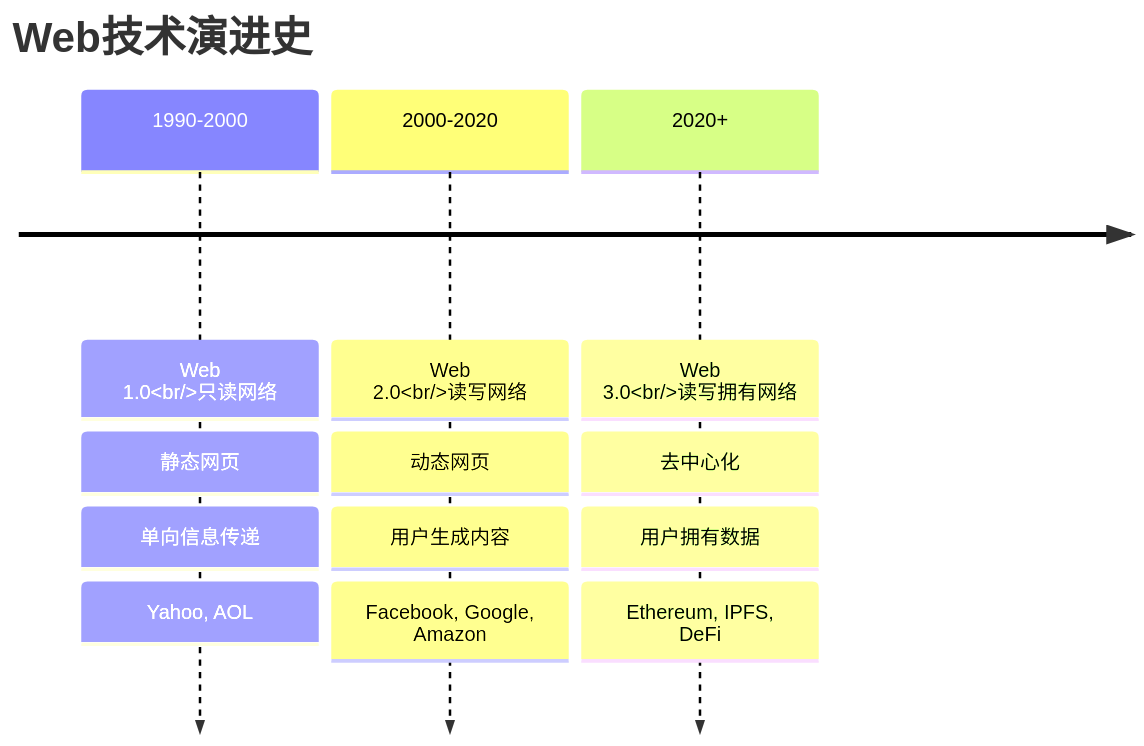
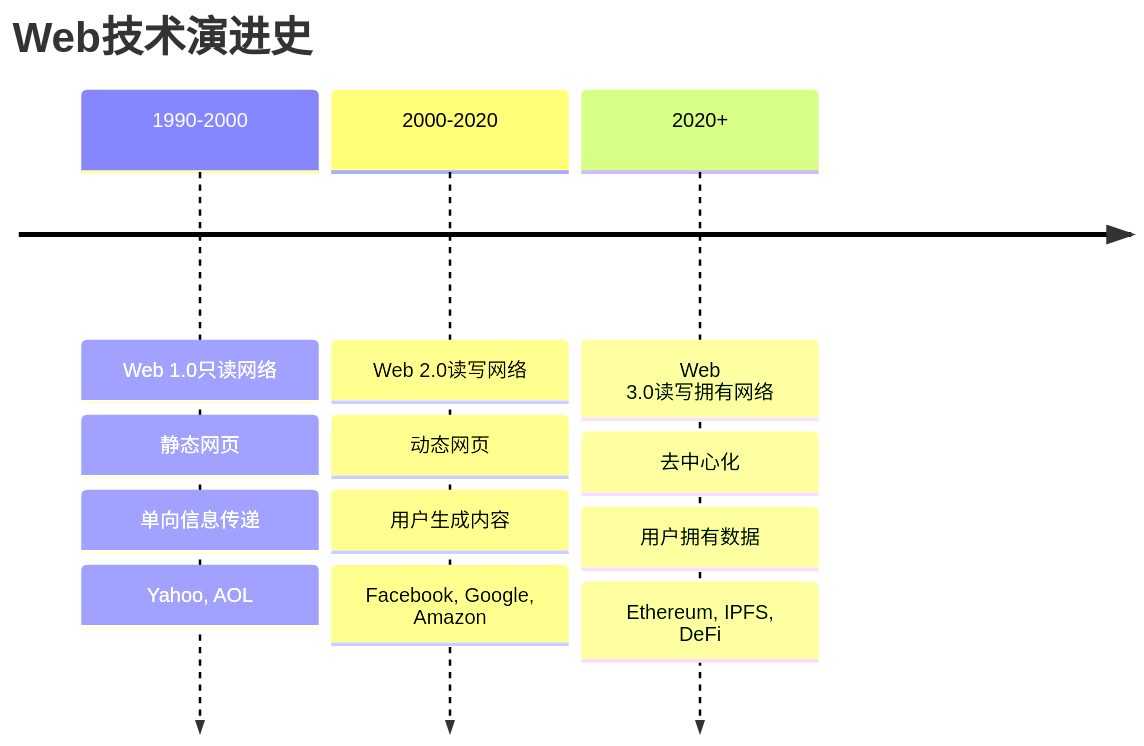
One commit to liuxing95/blog changed the first of 29 diagrams in src/content/posts/web3/web2-vs-web3.md. Above: the diagram before and after it, drawn with Mermaid. The commit also changed other lines of this file and 3 other files, not shown here.

````diff
--- a/src/content/posts/web3/web2-vs-web3.md
+++ b/src/content/posts/web3/web2-vs-web3.md
@@ -32,19 +32,19 @@
 ```mermaid
 timeline
     title Web技术演进史
 
-    1990-2000 : Web 1.0<br/>只读网络
+    1990-2000 : Web 1.0只读网络
               : 静态网页
               : 单向信息传递
               : Yahoo, AOL
 
-    2000-2020 : Web 2.0<br/>读写网络
+    2000-2020 : Web 2.0读写网络
               : 动态网页
               : 用户生成内容
               : Facebook, Google, Amazon
 
-    2020+ : Web 3.0<br/>读写拥有网络
+    2020+ : Web 3.0读写拥有网络
           : 去中心化
           : 用户拥有数据
           : Ethereum, IPFS, DeFi
 ```
````
